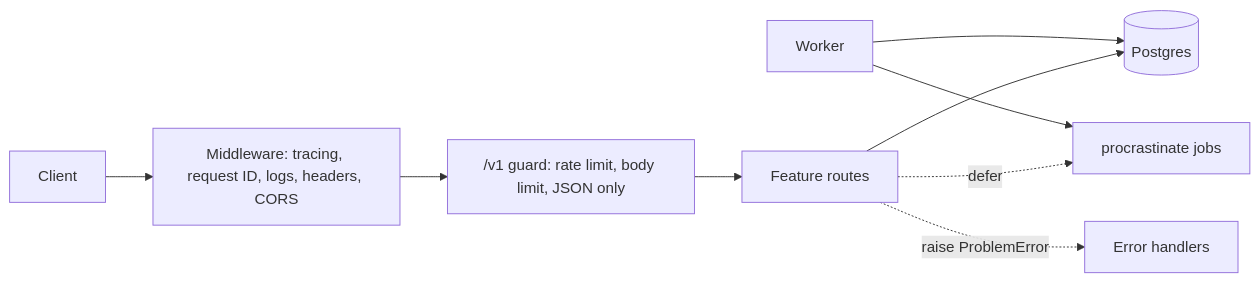
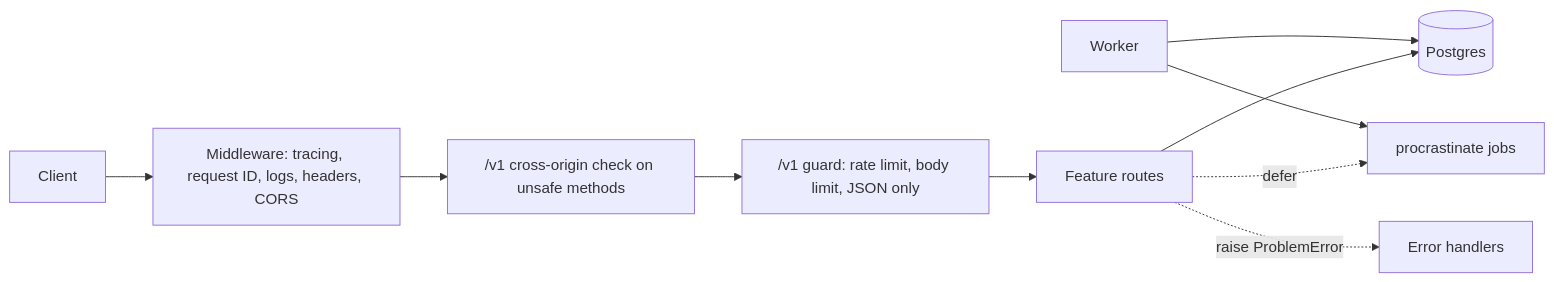
One commit to opikdev/api-fastapi-starter changed the diagram in docs/architecture.md. Above: the diagram before and after it, drawn with Mermaid. The commit also changed other lines of this file and 23 other files, not shown here.

````diff
--- a/docs/architecture.md
+++ b/docs/architecture.md
@@ -3,11 +3,12 @@
 ```mermaid
 flowchart LR
   C[Client] --> M["Middleware: tracing, request ID, logs, headers, CORS"]
-  M --> G["/v1 guard: rate limit, body limit, JSON only"]
+  M --> X["/v1 cross-origin check on unsafe methods"]
+  X --> G["/v1 guard: rate limit, body limit, JSON only"]
   G --> R["Feature routes"]
   R --> D[(Postgres)]
   R -. "defer" .-> Q["procrastinate jobs"]
   W["Worker"] --> Q
   W --> D
   R -. "raise ProblemError" .-> E["Error handlers"]
 ```
````
